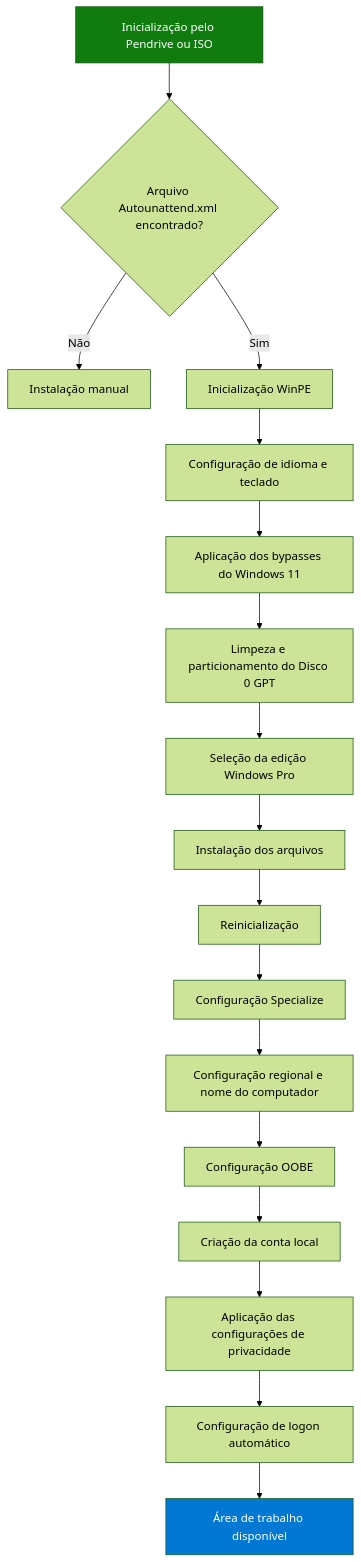
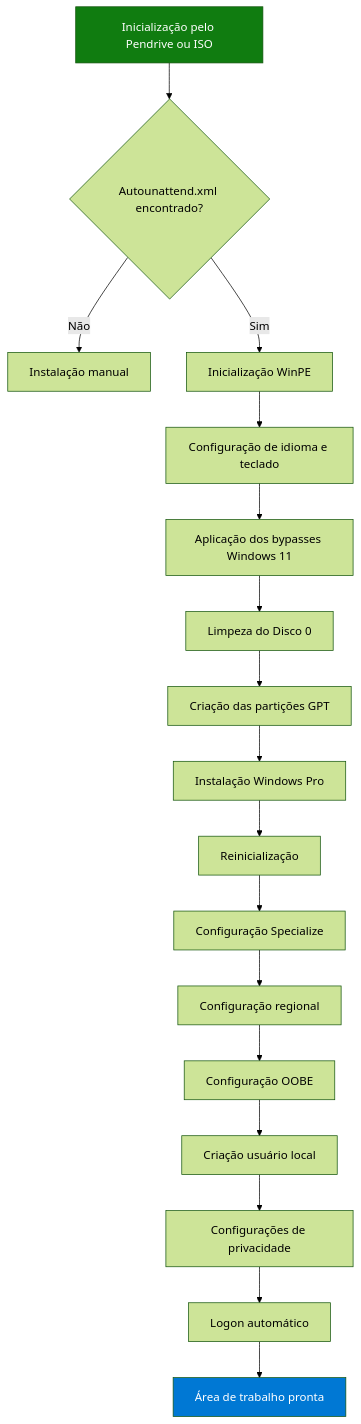
The diagram in README.md (edsilas/Autounattend.xml), drawn with Mermaid (forest theme) before and after one commit.

Commit message:
docs: melhorar descrições das etapas do fluxograma no README.md

````diff
--- a/README.md
+++ b/README.md
@@ -60,38 +60,38 @@
 ```mermaid
 graph TD
 
-A[Inicialização pelo Pendrive ou ISO] --> B{Arquivo Autounattend.xml encontrado?}
+A[Inicialização pelo Pendrive ou ISO] --> B{Autounattend.xml encontrado?}
 
 B -- Não --> C[Instalação manual]
 
 B -- Sim --> D[Inicialização WinPE]
 
 D --> E[Configuração de idioma e teclado]
 
-E --> F[Aplicação dos bypasses do Windows 11]
+E --> F[Aplicação dos bypasses Windows 11]
 
-F --> G[Limpeza e particionamento do Disco 0 GPT]
+F --> G[Limpeza do Disco 0]
 
-G --> H[Seleção da edição Windows Pro]
+G --> H[Criação das partições GPT]
 
-H --> I[Instalação dos arquivos]
+H --> I[Instalação Windows Pro]
 
 I --> J[Reinicialização]
 
 J --> K[Configuração Specialize]
 
-K --> L[Configuração regional e nome do computador]
+K --> L[Configuração regional]
 
 L --> M[Configuração OOBE]
 
-M --> N[Criação da conta local]
+M --> N[Criação usuário local]
 
-N --> O[Aplicação das configurações de privacidade]
+N --> O[Configurações de privacidade]
 
-O --> P[Configuração de logon automático]
+O --> P[Logon automático]
 
-P --> Q[Área de trabalho disponível]
+P --> Q[Área de trabalho pronta]
 
 style A fill:#107C10,color:#FFFFFF
 style Q fill:#0078D4,color:#FFFFFF
 ```
````
